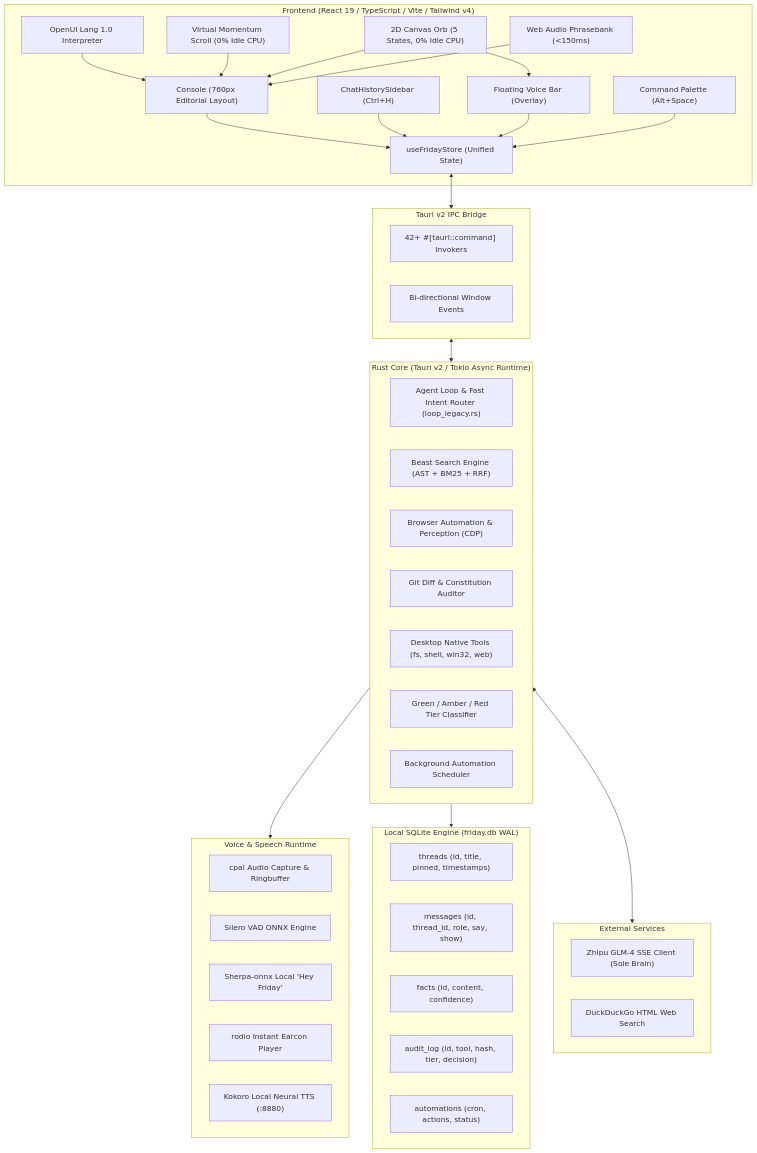
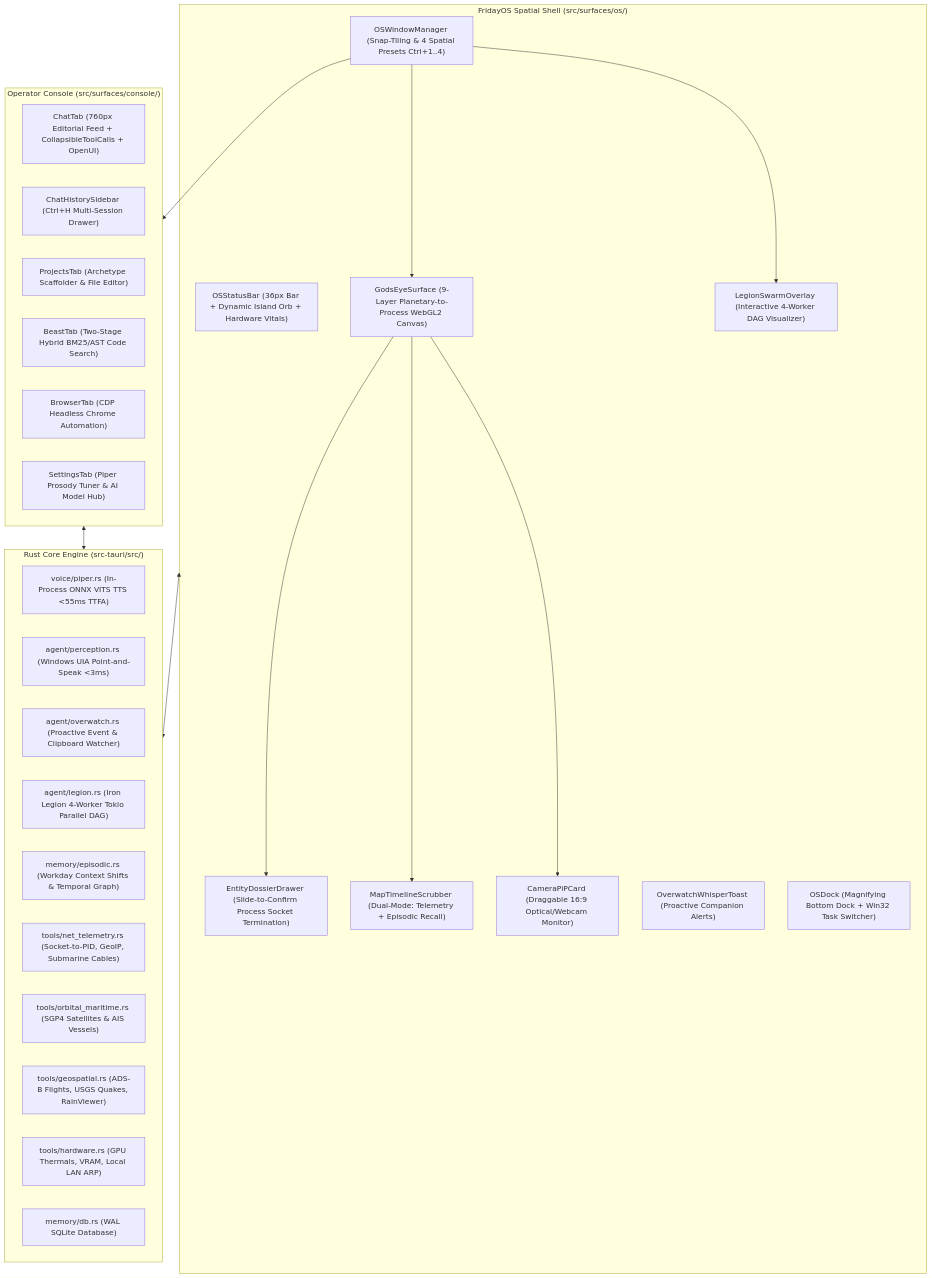
Before and after one commit to anes-jpg/friday: the diagram in FRIDAY_COMPLETE_ARCHITECTURE.md, drawn with Mermaid. The commit also changed other lines of this file and 1 other file, not shown here.

Commit message:
docs(v2): update FRIDAY_COMPLETE_ARCHITECTURE.md and README.md with FridayOS spatial release reference

````diff
--- a/FRIDAY_COMPLETE_ARCHITECTURE.md
+++ b/FRIDAY_COMPLETE_ARCHITECTURE.md
@@ -46,65 +47,41 @@
 ```mermaid
-flowchart TD
-    subgraph Frontend ["Frontend (React 19 / TypeScript / Vite / Tailwind v4)"]
-        ConsoleUI["Console (760px Editorial Layout)"]
-        HistorySidebar["ChatHistorySidebar (Ctrl+H)"]
-        VoiceBar["Floating Voice Bar (Overlay)"]
-        CommandPalette["Command Palette (Alt+Space)"]
-        ZustandStore["useFridayStore (Unified State)"]
-        OpenUIEngine["OpenUI Lang 1.0 Interpreter"]
-        LenisScroll["Virtual Momentum Scroll (0% Idle CPU)"]
-        ReactiveOrb["2D Canvas Orb (5 States, 0% Idle CPU)"]
-        PhrasebankAudio["Web Audio Phrasebank (<150ms)"]
+flowchart TB
+    subgraph FridayOSShell ["FridayOS Spatial Shell (src/surfaces/os/)"]
+        StatusBar["OSStatusBar (36px Bar + Dynamic Island Orb + Hardware Vitals)"]
+        WindowMgr["OSWindowManager (Snap-Tiling & 4 Spatial Presets Ctrl+1..4)"]
+        GodsEye["GodsEyeSurface (9-Layer Planetary-to-Process WebGL2 Canvas)"]
+        Drawer["EntityDossierDrawer (Slide-to-Confirm Process Socket Termination)"]
+        Timeline["MapTimelineScrubber (Dual-Mode: Telemetry + Episodic Recall)"]
+        PiPCard["CameraPiPCard (Draggable 16:9 Optical/Webcam Monitor)"]
+        SwarmHUD["LegionSwarmOverlay (Interactive 4-Worker DAG Visualizer)"]
+        OverwatchToast["OverwatchWhisperToast (Proactive Companion Alerts)"]
+        OSDock["OSDock (Magnifying Bottom Dock + Win32 Task Switcher)"]
     end
 
-    subgraph IPC ["Tauri v2 IPC Bridge"]
-        TauriCommands["42+ #[tauri::command] Invokers"]
-        EventStream["Bi-directional Window Events"]
+    subgraph OperatorConsole ["Operator Console (src/surfaces/console/)"]
+        ChatTab["ChatTab (760px Editorial Feed + CollapsibleToolCalls + OpenUI)"]
+        HistorySidebar["ChatHistorySidebar (Ctrl+H Multi-Session Drawer)"]
+        ProjectsTab["ProjectsTab (Archetype Scaffolder & File Editor)"]
+        BeastTab["BeastTab (Two-Stage Hybrid BM25/AST Code Search)"]
+        BrowserTab["BrowserTab (CDP Headless Chrome Automation)"]
+        SettingsTab["SettingsTab (Piper Prosody Tuner & AI Model Hub)"]
     end
 
-    subgraph Backend ["Rust Core (Tauri v2 / Tokio Async Runtime)"]
-        LoopLegacy["Agent Loop & Fast Intent Router (loop_legacy.rs)"]
-        BeastEngine["Beast Search Engine (AST + BM25 + RRF)"]
-        BrowserEngine["Browser Automation & Perception (CDP)"]
-        ReviewEngine["Git Diff & Constitution Auditor"]
-        ToolRegistry["Desktop Native Tools (fs, shell, win32, web)"]
-        SecurityEngine["Green / Amber / Red Tier Classifier"]
-        CronScheduler["Background Automation Scheduler"]
+    subgraph RustBackend ["Rust Core Engine (src-tauri/src/)"]
+        PiperTTS["voice/piper.rs (In-Process ONNX VITS TTS <55ms TTFA)"]
+        Perception["agent/perception.rs (Windows UIA Point-and-Speak <3ms)"]
+        Overwatch["agent/overwatch.rs (Proactive Event & Clipboard Watcher)"]
+        LegionSwarm["agent/legion.rs (Iron Legion 4-Worker Tokio Parallel DAG)"]
+        EpisodicEngine["memory/episodic.rs (Workday Context Shifts & Temporal Graph)"]
+        NetTelemetry["tools/net_telemetry.rs (Socket-to-PID, GeoIP, Submarine Cables)"]
+        OrbitalMaritime["tools/orbital_maritime.rs (SGP4 Satellites & AIS Vessels)"]
+        Geospatial["tools/geospatial.rs (ADS-B Flights, USGS Quakes, RainViewer)"]
+        HardwareSensors["tools/hardware.rs (GPU Thermals, VRAM, Local LAN ARP)"]
+        SQLiteDB["memory/db.rs (WAL SQLite Database)"]
     end
 
-    subgraph AudioEngine ["Voice & Speech Runtime"]
-        CpalMic["cpal Audio Capture & Ringbuffer"]
-        SileroVAD["Silero VAD ONNX Engine"]
-        SherpaWake["Sherpa-onnx Local 'Hey Friday'"]
-        RodioCues["rodio Instant Earcon Player"]
-        KokoroTTS["Kokoro Local Neural TTS (:8880)"]
-    end
-
-    subgraph LocalStorage ["Local SQLite Engine (friday.db WAL)"]
-        ThreadsTable["threads (id, title, pinned, timestamps)"]
-        MessagesTable["messages (id, thread_id, role, say, show)"]
-        FactsTable["facts (id, content, confidence)"]
-        AuditTable["audit_log (id, tool, hash, tier, decision)"]
-        AutomationsTable["automations (cron, actions, status)"]
-    end
-
-    subgraph External ["External Services"]
-        ZhipuGLM["Zhipu GLM-4 SSE Client (Sole Brain)"]
-        DuckDuckGo["DuckDuckGo HTML Web Search"]
-    end
-
-    ConsoleUI --> ZustandStore
-    HistorySidebar --> ZustandStore
-    VoiceBar --> ZustandStore
-    CommandPalette --> ZustandStore
-    ZustandStore <--> IPC
-    OpenUIEngine --> ConsoleUI
-    LenisScroll --> ConsoleUI
-    ReactiveOrb --> VoiceBar & ConsoleUI
-    PhrasebankAudio --> ConsoleUI
-
-    IPC <--> Backend
-    Backend --> AudioEngine
-    Backend --> LocalStorage
-    Backend <--> External
+    FridayOSShell <--> RustBackend
+    OperatorConsole <--> RustBackend
+    WindowMgr --> GodsEye & OperatorConsole & SwarmHUD
+    GodsEye --> Drawer & Timeline & PiPCard
 ```
````
